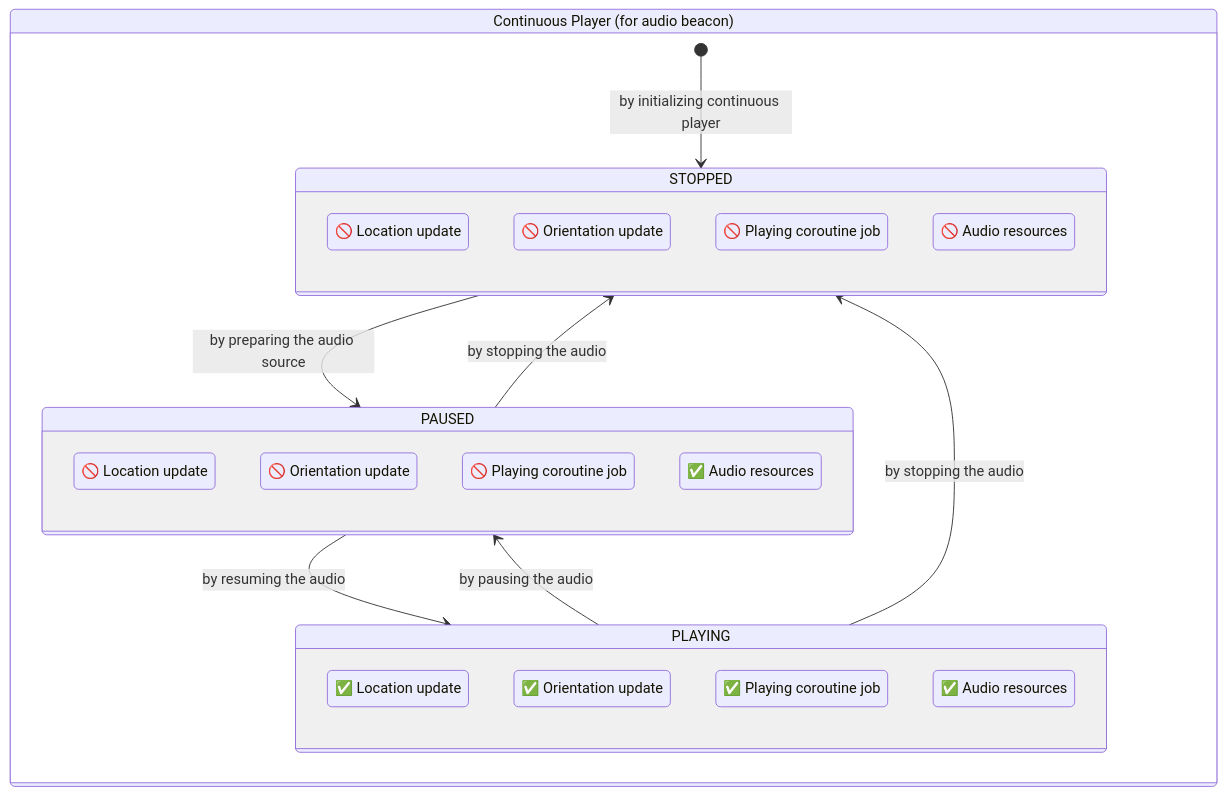
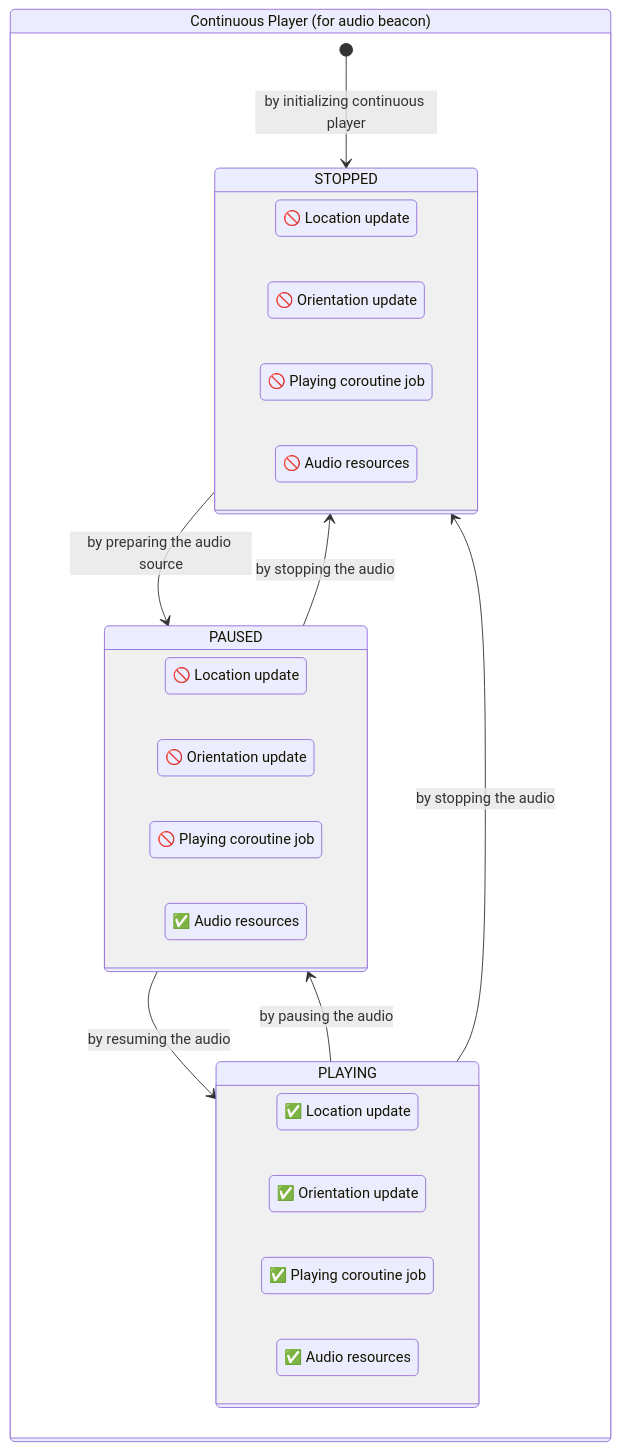
Before and after one commit to FlickerSoul/universe.observer: the second of 5 diagrams in projects/toys/soundscape/index.md, drawn with Mermaid. The commit also changed other lines of this file, not shown here.

Commit message:
fix: graph orientation

````diff
--- a/projects/toys/soundscape/index.md
+++ b/projects/toys/soundscape/index.md
@@ -100,32 +100,35 @@
 ```mermaid
 stateDiagram-v2
   state "Continuous Player (for audio beacon)" as CP {
     [*] --> STOPPED: by initializing continuous player
     STOPPED --> PAUSED: by preparing the audio source
     PLAYING --> PAUSED: by pausing the audio
     PAUSED --> PLAYING: by resuming the audio
     PAUSED --> STOPPED: by stopping the audio
     PLAYING --> STOPPED: by stopping the audio
 
-    state STOPPED {
+    state STOPPED { 
+      direction LR
       state "🚫 Location update" as s1
       state "🚫 Orientation update" as s2
       state "🚫 Playing coroutine job" as s3
       state "🚫 Audio resources" as s4
     }
 
     state PLAYING {
+      direction LR
       state "✅ Location update" as pl1
       state "✅ Orientation update" as pl2
       state "✅ Playing coroutine job" as pl3
       state "✅ Audio resources" as pl4
     }
 
     state PAUSED {
+      direction LR
       state "🚫 Location update" as pu1
       state "🚫 Orientation update" as pu2
       state "🚫 Playing coroutine job" as pu3
       state "✅ Audio resources" as pu4
     }
   }
 ```
````
